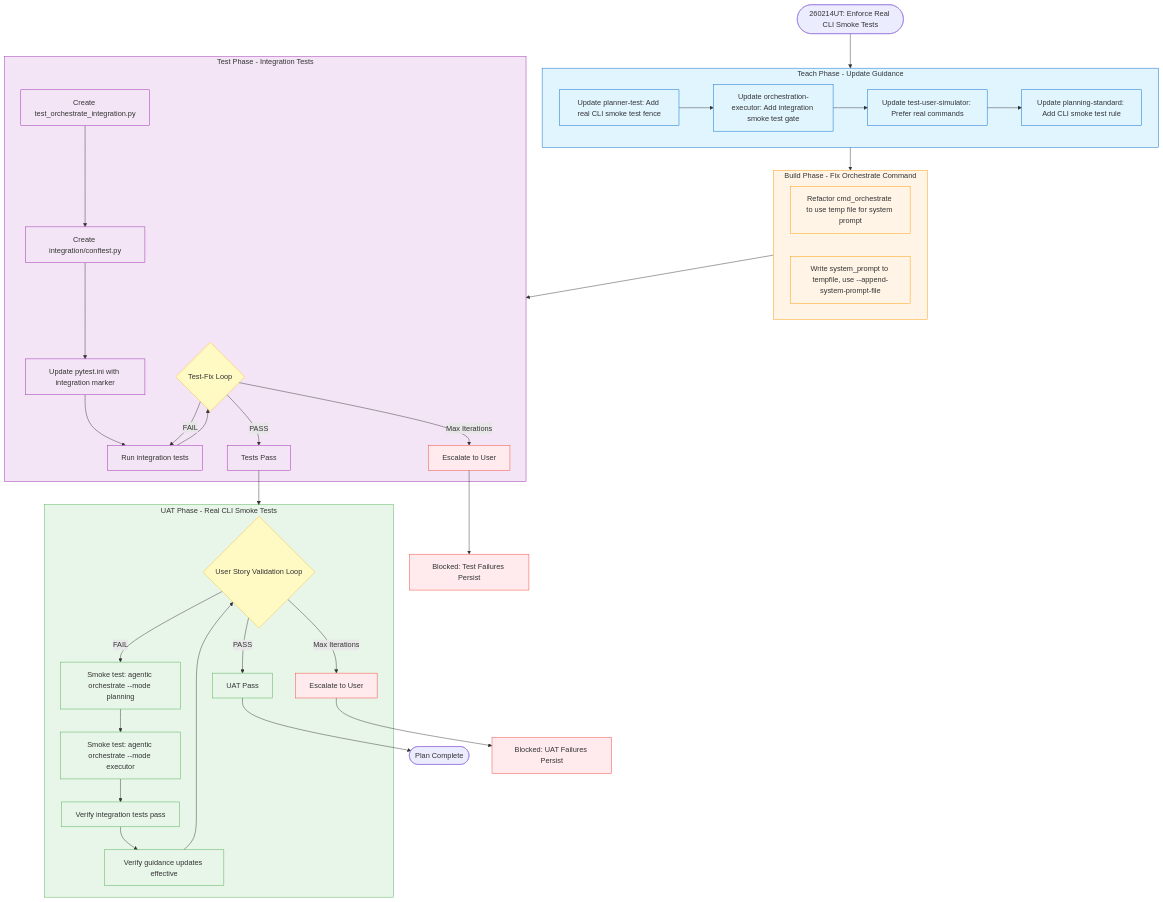
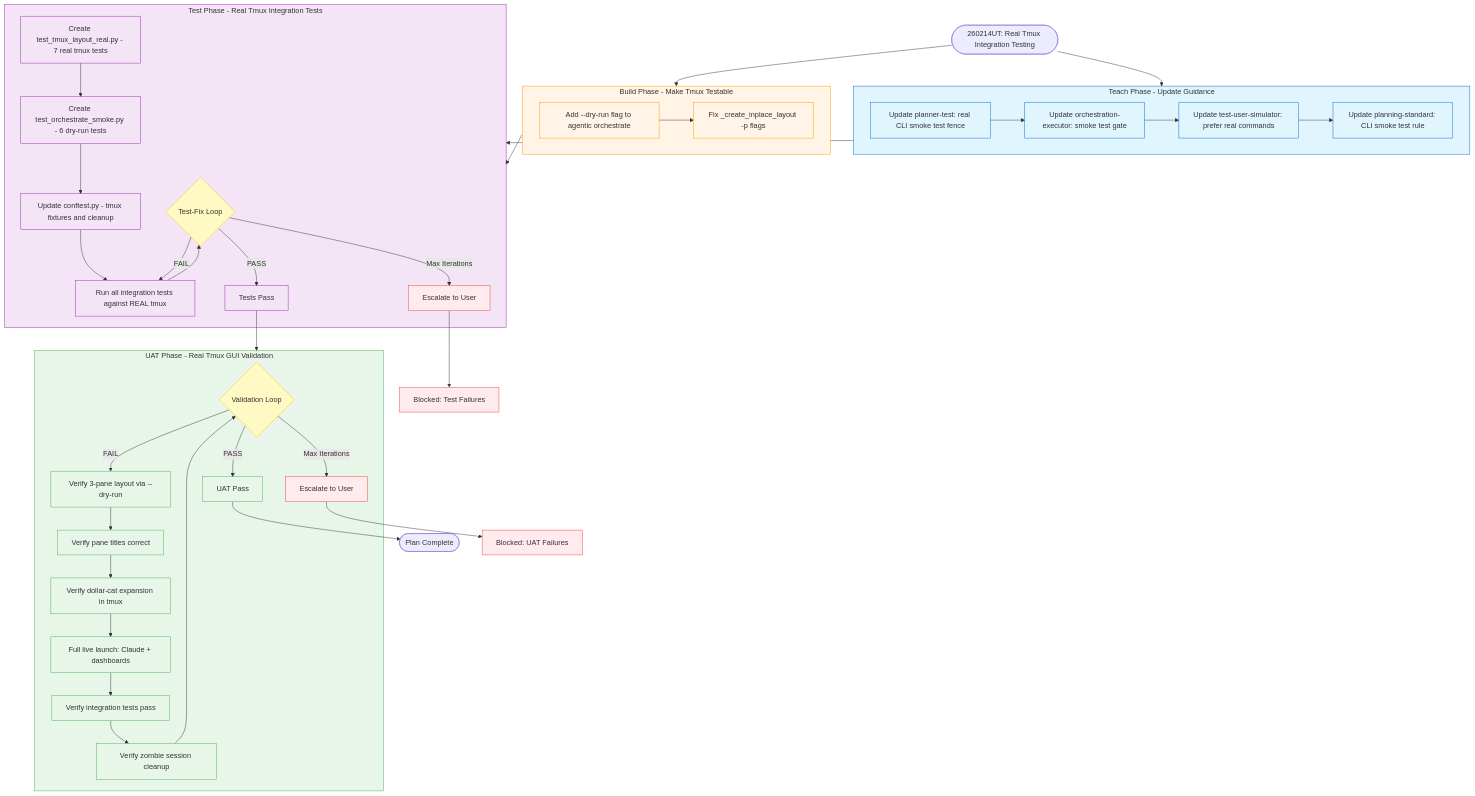
Before and after one commit to HuaMick/AgenticEngineering: the diagram in docs/plans/live/260214UT_enforce_real_cli_smoke_tests_in_uat_and_fix_orchestrate_command_too_long_bug/orchestration_260214UT.mmd, drawn with Mermaid. The commit also changed other lines of this file and 10 other files, not shown here.

````diff
--- a/docs/plans/live/260214UT_enforce_real_cli_smoke_tests_in_uat_and_fix_orchestrate_command_too_long_bug/orchestration_260214UT.mmd
+++ b/docs/plans/live/260214UT_enforce_real_cli_smoke_tests_in_uat_and_fix_orchestrate_command_too_long_bug/orchestration_260214UT.mmd
@@ -1,11 +1,11 @@
 ```mermaid
 ---
-GOAL: Fix systemic UAT gap - enforce real CLI smoke tests and fix orchestrate command-too-long bug
+GOAL: Add real tmux integration testing to prevent shipping broken GUI layouts
 PROFILE: orchestrator
-PHASES: [Teach, Build, Test, UAT]
+PHASES: [Build, Teach, Test, UAT]
 AGENT_ROUTING: {
+  "Build": "build-python",
   "Teach": "teacher-update-guidance",
-  "Build": "build-python",
   "Test": "test-runner",
   "UAT": "test-user-simulator"
 }
@@ -14,8 +14,8 @@
   "UAT_FAILURE": "UAT"
 }
 STATUS: {
+  "Build": "pending",
   "Teach": "pending",
-  "Build": "pending",
   "Test": "pending",
   "UAT": "pending"
 }
@@ -24,27 +24,28 @@
 ---
 
 flowchart TD
-    Start([260214UT: Enforce Real CLI Smoke Tests])
+    Start([260214UT: Real Tmux Integration Testing])
+
+    subgraph Build[Build Phase - Make Tmux Testable]
+        B1[Add --dry-run flag to agentic orchestrate]
+        B2[Fix _create_inplace_layout -p flags]
+        B1 --> B2
+    end
 
     subgraph Teach[Teach Phase - Update Guidance]
-        T1[Update planner-test: Add real CLI smoke test fence]
-        T2[Update orchestration-executor: Add integration smoke test gate]
-        T3[Update test-user-simulator: Prefer real commands]
-        T4[Update planning-standard: Add CLI smoke test rule]
+        T1[Update planner-test: real CLI smoke test fence]
+        T2[Update orchestration-executor: smoke test gate]
+        T3[Update test-user-simulator: prefer real commands]
+        T4[Update planning-standard: CLI smoke test rule]
         T1 --> T2 --> T3 --> T4
     end
 
-    subgraph Build[Build Phase - Fix Orchestrate Command]
-        B1[Refactor cmd_orchestrate to use temp file for system prompt]
-        B1_Detail[Write system_prompt to tempfile, use --append-system-prompt-file]
-    end
-
-    subgraph Test[Test Phase - Integration Tests]
+    subgraph Test[Test Phase - Real Tmux Integration Tests]
         Test_Loop{Test-Fix Loop}
-        I1[Create test_orchestrate_integration.py]
-        I2[Create integration/conftest.py]
-        I3[Update pytest.ini with integration marker]
-        I4[Run integration tests]
+        I1[Create test_tmux_layout_real.py - 7 real tmux tests]
+        I2[Create test_orchestrate_smoke.py - 6 dry-run tests]
+        I3[Update conftest.py - tmux fixtures and cleanup]
+        I4[Run all integration tests against REAL tmux]
         I1 --> I2 --> I3 --> I4
         I4 --> Test_Loop
         Test_Loop -->|PASS| Test_Complete[Tests Pass]
@@ -52,40 +53,43 @@
         Test_Loop -->|Max Iterations| Escalate_Test[Escalate to User]
     end
 
-    subgraph UAT[UAT Phase - Real CLI Smoke Tests]
-        UAT_Loop{User Story Validation Loop}
-        U1[Smoke test: agentic orchestrate --mode planning]
-        U2[Smoke test: agentic orchestrate --mode executor]
-        U3[Verify integration tests pass]
-        U4[Verify guidance updates effective]
-        U1 --> U2 --> U3 --> U4
-        U4 --> UAT_Loop
+    subgraph UAT[UAT Phase - Real Tmux GUI Validation]
+        UAT_Loop{Validation Loop}
+        U1[Verify 3-pane layout via --dry-run]
+        U2[Verify pane titles correct]
+        U3[Verify dollar-cat expansion in tmux]
+        U4[Full live launch: Claude + dashboards]
+        U5[Verify integration tests pass]
+        U6[Verify zombie session cleanup]
+        U1 --> U2 --> U3 --> U4 --> U5 --> U6
+        U6 --> UAT_Loop
         UAT_Loop -->|PASS| UAT_Complete[UAT Pass]
         UAT_Loop -->|FAIL| U1
         UAT_Loop -->|Max Iterations| Escalate_UAT[Escalate to User]
     end
 
+    Start --> Build
     Start --> Teach
-    Teach --> Build
     Build --> Test
+    Teach --> Test
     Test_Complete --> UAT
     UAT_Complete --> Complete([Plan Complete])
 
-    Escalate_Test --> Blocked_Test[Blocked: Test Failures Persist]
-    Escalate_UAT --> Blocked_UAT[Blocked: UAT Failures Persist]
+    Escalate_Test --> Blocked_Test[Blocked: Test Failures]
+    Escalate_UAT --> Blocked_UAT[Blocked: UAT Failures]
 
     %% Styling
+    classDef buildStyle fill:#fff4e6,stroke:#ff9800
     classDef teachStyle fill:#e1f5ff,stroke:#0066cc
-    classDef buildStyle fill:#fff4e6,stroke:#ff9800
     classDef testStyle fill:#f3e5f5,stroke:#9c27b0
     classDef uatStyle fill:#e8f5e9,stroke:#4caf50
     classDef loopStyle fill:#fff9c4,stroke:#fbc02d
     classDef blockedStyle fill:#ffebee,stroke:#f44336
 
+    class Build,B1,B2 buildStyle
     class Teach,T1,T2,T3,T4 teachStyle
-    class Build,B1,B1_Detail buildStyle
     class Test,I1,I2,I3,I4,Test_Complete testStyle
-    class UAT,U1,U2,U3,U4,UAT_Complete uatStyle
+    class UAT,U1,U2,U3,U4,U5,U6,UAT_Complete uatStyle
     class Test_Loop,UAT_Loop loopStyle
     class Blocked_Test,Blocked_UAT,Escalate_Test,Escalate_UAT blockedStyle
 ```
````
